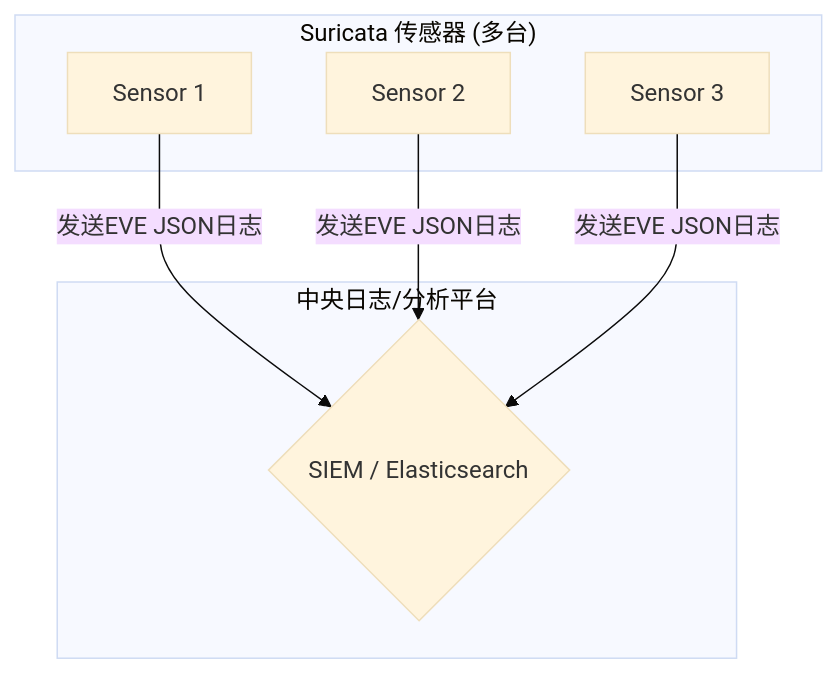
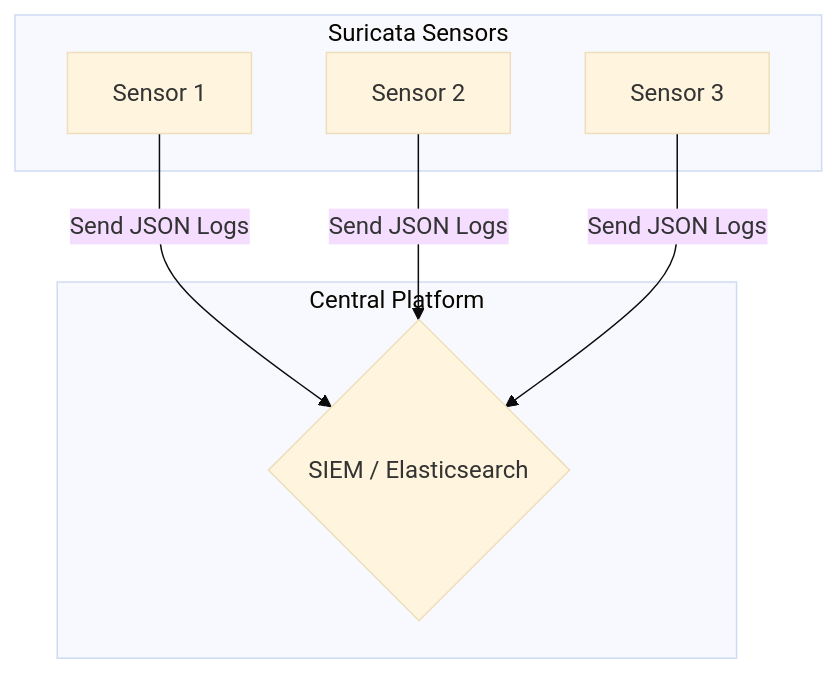
One commit to hlwqds/hl-ljj-quartz changed the third of 4 diagrams in content/2025-11-27-suricata-ip-reputation.md. Above: the diagram before and after it, drawn with Mermaid (base theme). The commit also changed other lines of this file and 5 other files, not shown here.

````diff
--- a/content/2025-11-27-suricata-ip-reputation.md
+++ b/content/2025-11-27-suricata-ip-reputation.md
@@ -132,16 +128,16 @@
 ```mermaid
 graph TD
-    subgraph "Suricata 传感器 (多台)"
-        A[Sensor 1]
-        B[Sensor 2]
-        C[Sensor 3]
+    subgraph "Suricata Sensors"
+        S1["Sensor 1"]
+        S2["Sensor 2"]
+        S3["Sensor 3"]
     end
 
-    subgraph "中央日志/分析平台"
-        D{SIEM / Elasticsearch}
+    subgraph "Central Platform"
+        D{"SIEM / Elasticsearch"}
     end
 
-    A -- "发送EVE JSON日志" --> D
-    B -- "发送EVE JSON日志" --> D
-    C -- "发送EVE JSON日志" --> D
+    S1 -- "Send JSON Logs" --> D
+    S2 -- "Send JSON Logs" --> D
+    S3 -- "Send JSON Logs" --> D
 ```
````
